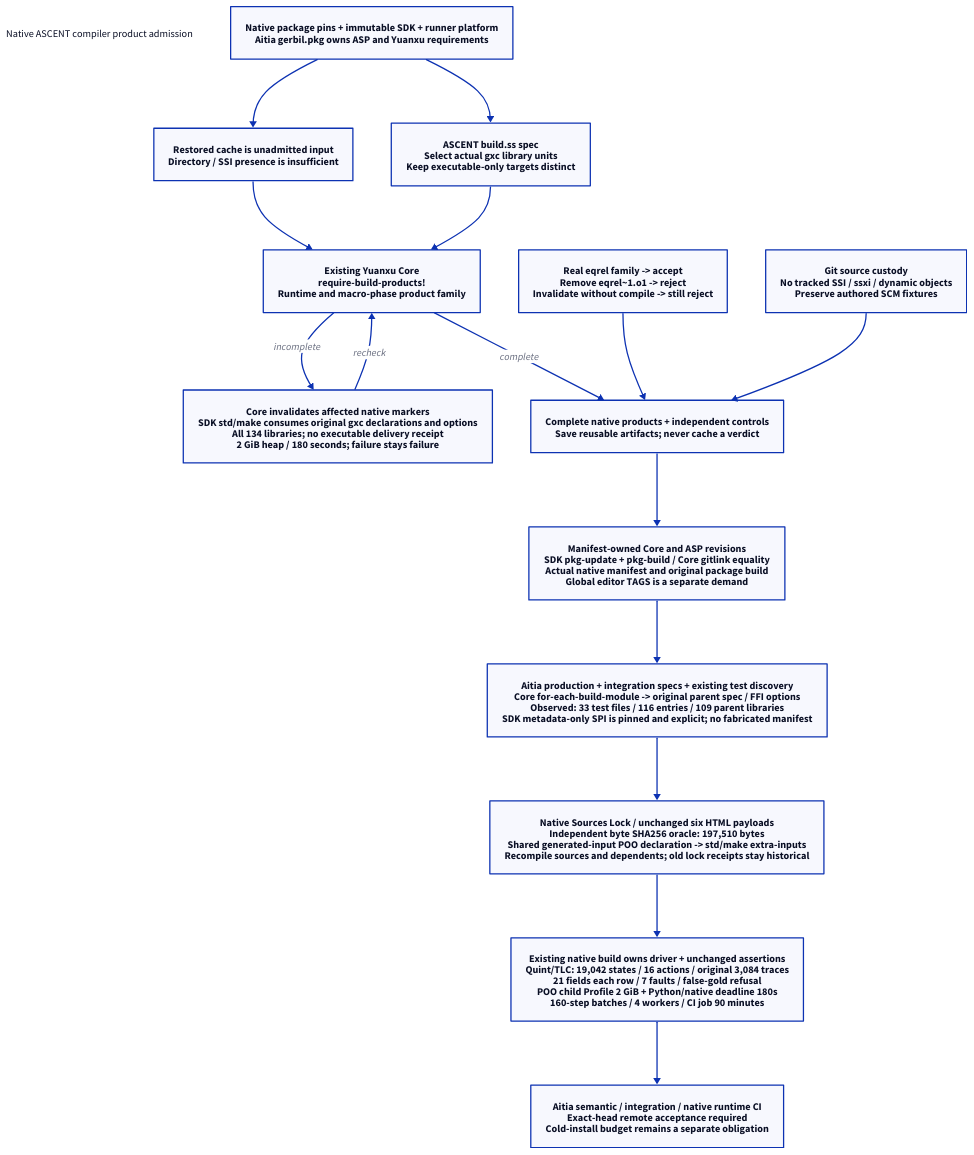
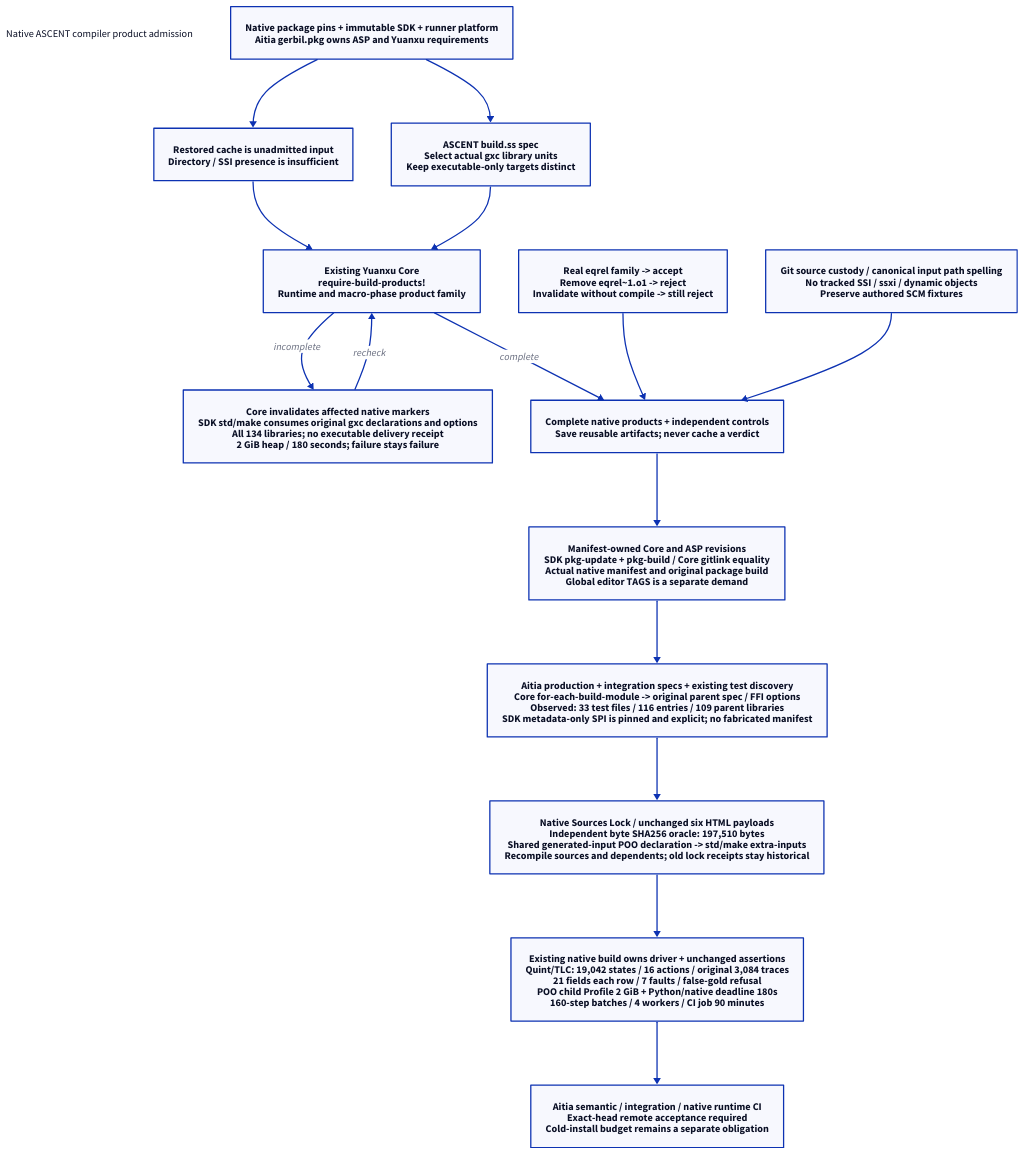
The diagram in docs/90-99-views/90-architecture-views/90.114-native-ascent-compiler-product-admission.d2 (hardenedlinux/deterministic-engineering), drawn with D2 before and after one commit. The commit also changed 3 other files, not shown here.

Commit message:
Record complete frozen replay and admit the canonical source revision

```diff
--- a/docs/90-99-views/90-architecture-views/90.114-native-ascent-compiler-product-admission.d2
+++ b/docs/90-99-views/90-architecture-views/90.114-native-ascent-compiler-product-admission.d2
@@ -1,31 +1,31 @@
 # org-target: docs/10-19-design/10-architecture/10.125-native-ascent-compiler-product-admission.org::#native125-scope
 # render-layout: elk; theme: 0; pad: 24
 direction: down
 title: "Native ASCENT compiler product admission" {shape: text}
 inputs: "Native package pins + immutable SDK + runner platform\nAitia gerbil.pkg owns ASP and Yuanxu requirements"
 cache: "Restored cache is unadmitted input\nDirectory / SSI presence is insufficient"
 spec: "ASCENT build.ss spec\nSelect actual gxc library units\nKeep executable-only targets distinct"
 core: "Existing Yuanxu Core\nrequire-build-products!\nRuntime and macro-phase product family"
 repair: "Core invalidates affected native markers\nSDK std/make consumes original gxc declarations and options\nAll 134 libraries; no executable delivery receipt\n2 GiB heap / 180 seconds; failure stays failure"
 negative: "Real eqrel family -> accept\nRemove eqrel~1.o1 -> reject\nInvalidate without compile -> still reject"
-source: "Git source custody\nNo tracked SSI / ssxi / dynamic objects\nPreserve authored SCM fixtures"
+source: "Git source custody / canonical input path spelling\nNo tracked SSI / ssxi / dynamic objects\nPreserve authored SCM fixtures"
 admit: "Complete native products + independent controls\nSave reusable artifacts; never cache a verdict"
 asp: "Manifest-owned Core and ASP revisions\nSDK pkg-update + pkg-build / Core gitlink equality\nActual native manifest and original package build\nGlobal editor TAGS is a separate demand"
 parent: "Aitia production + integration specs + existing test discovery\nCore for-each-build-module -> original parent spec / FFI options\nObserved: 33 test files / 116 entries / 109 parent libraries\nSDK metadata-only SPI is pinned and explicit; no fabricated manifest"
 lock: "Native Sources Lock / unchanged six HTML payloads\nIndependent byte SHA256 oracle: 197,510 bytes\nShared generated-input POO declaration -> std/make extra-inputs\nRecompile sources and dependents; old lock receipts stay historical"
 lifecycle: "Existing native build owns driver + unchanged assertions\nQuint/TLC: 19,042 states / 16 actions / original 3,084 traces\n21 fields each row / 7 faults / false-gold refusal\nPOO child Profile 2 GiB + Python/native deadline 180s\n160-step batches / 4 workers / CI job 90 minutes"
 consumer: "Aitia semantic / integration / native runtime CI\nExact-head remote acceptance required\nCold-install budget remains a separate obligation"
 inputs -> cache
 inputs -> spec
 cache -> core
 spec -> core
 core -> repair: "incomplete"
 repair -> core: "recheck"
 core -> admit: "complete"
 negative -> admit
 source -> admit
 admit -> asp
 asp -> parent
 parent -> lock
 lock -> lifecycle
 lifecycle -> consumer
```
